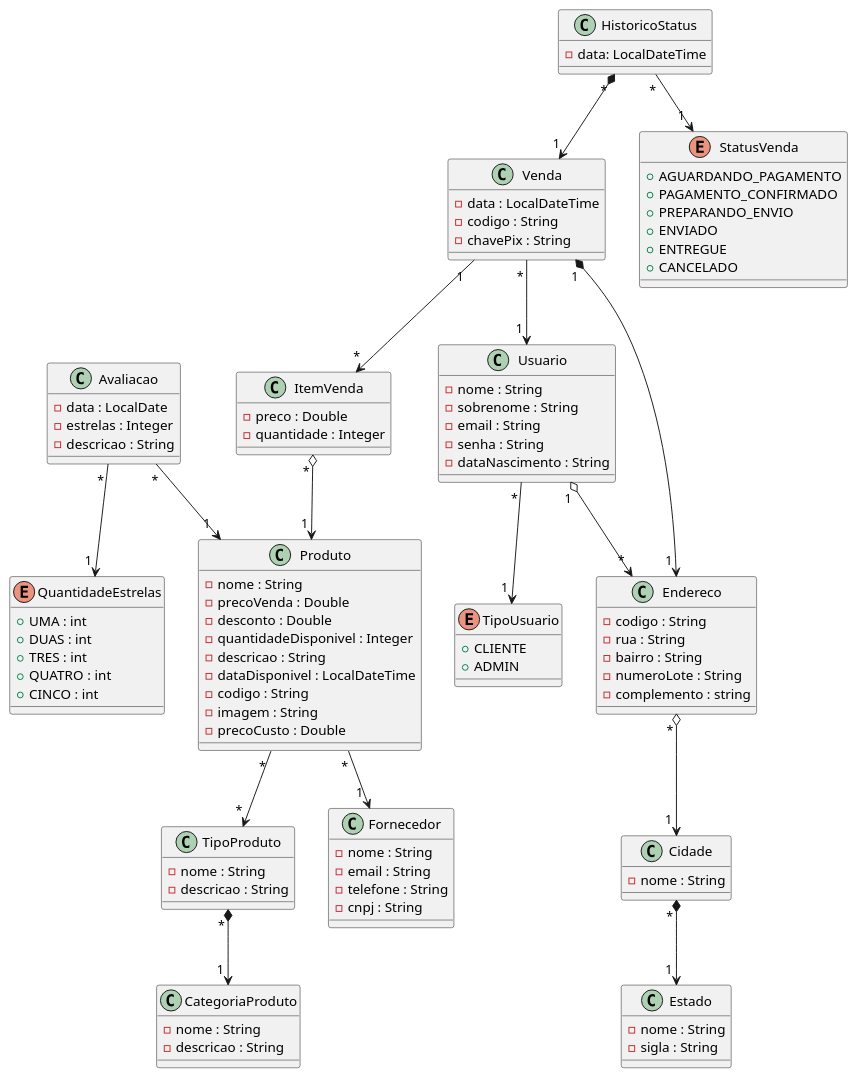
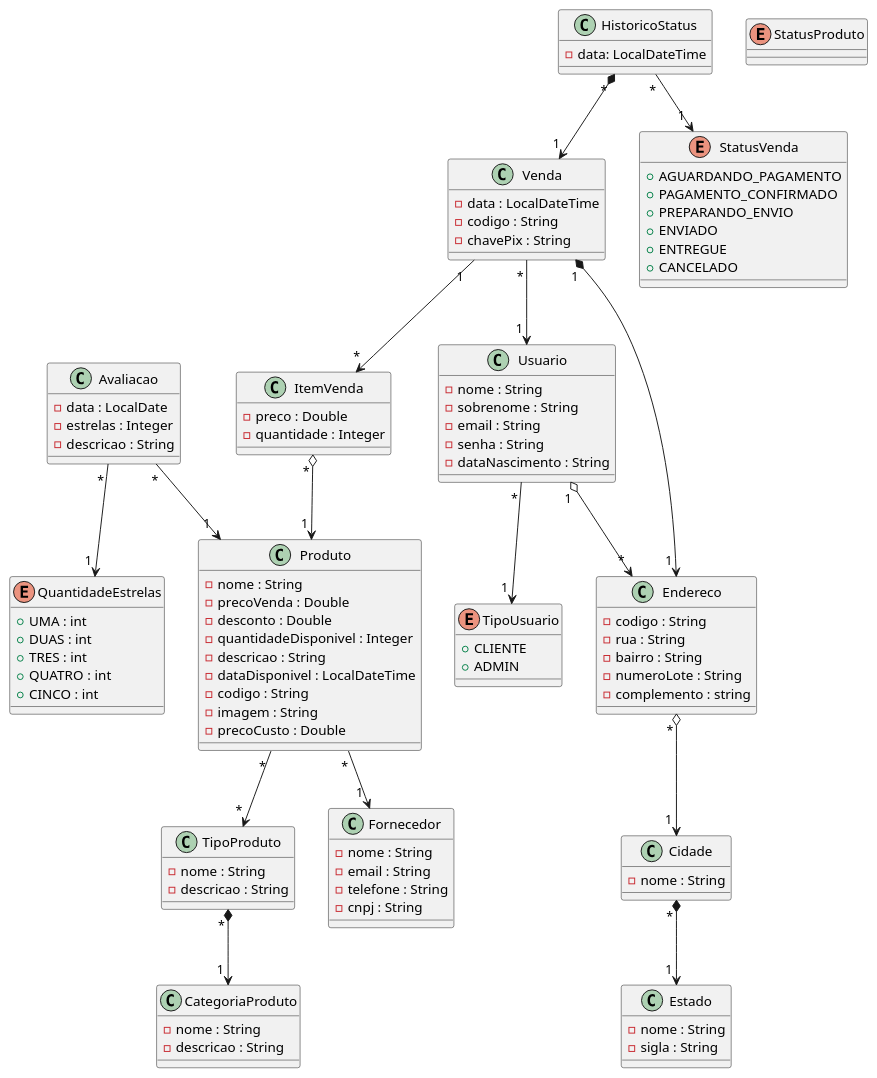
The diagram in others/plantumlnovo.plantuml (bealfredo/tp-floricultura-quarkus), drawn with PlantUML before and after one commit. The commit also changed 17 other files, not shown here.

```diff
--- a/others/plantumlnovo.plantuml
+++ b/others/plantumlnovo.plantuml
@@ -1,122 +1,126 @@
 @startuml TrabalhoTopicos
 
 class Usuario {
   - nome : String
   - sobrenome : String
   - email : String
   - senha : String
   - dataNascimento : String
 }
 
 enum TipoUsuario{
   + CLIENTE
   + ADMIN
 }
 
 class Endereco {
   - codigo : String
   - rua : String
   - bairro : String
   - numeroLote : String
   - complemento : string
 }
 
 class Estado {
   - nome : String
   - sigla : String
 }
 
 class Cidade {
   - nome : String
 }
 
 class CategoriaProduto {
   - nome : String
   - descricao : String
 }
 
 class TipoProduto {
   - nome : String
   - descricao : String
 }
 
 class Produto {
   - nome : String
   - precoVenda : Double
   - desconto : Double
   - quantidadeDisponivel : Integer
   - descricao : String
   - dataDisponivel : LocalDateTime
   - codigo : String
   - imagem : String
   - precoCusto : Double
+}
+
+enum StatusProduto {
+  
 }
 
 
 class ItemVenda {
   - preco : Double
   - quantidade : Integer
 }
 
 class Venda {
   - data : LocalDateTime
   - codigo : String
   - chavePix : String
 }
 
 class Fornecedor {
   - nome : String
   - email : String
   - telefone : String
   - cnpj : String
 
 }
 
 class HistoricoStatus {
   - data: LocalDateTime
 }
 
 enum StatusVenda {
   + AGUARDANDO_PAGAMENTO
   + PAGAMENTO_CONFIRMADO
   + PREPARANDO_ENVIO
   + ENVIADO
   + ENTREGUE
   + CANCELADO
 }
 
 class Avaliacao {
   - data : LocalDate
   - estrelas : Integer
   - descricao : String
 }
 
 enum QuantidadeEstrelas  {
   + UMA : int
   + DUAS : int
   + TRES : int
   + QUATRO : int
   + CINCO : int
 }
 
 
 Usuario " * " --> " 1 " TipoUsuario
 Usuario " 1 " o--> " * " Endereco
 Endereco " * " o--> " 1 " Cidade
 Cidade " * " *--> " 1 " Estado
 
 Venda " 1 " *--> " 1 " Endereco
 Venda " * " --> " 1 " Usuario
 Venda " 1 " --> " * " ItemVenda
 ItemVenda " * " o--> " 1 " Produto
 Produto " * " --> " 1 " Fornecedor
 HistoricoStatus " * " *--> " 1 " Venda
 HistoricoStatus " * " --> " 1 " StatusVenda
 
 Produto " * " --> " * " TipoProduto
 TipoProduto " * " *--> " 1 " CategoriaProduto
 
 Avaliacao " * " --> " 1 " QuantidadeEstrelas
 Avaliacao " * " --> " 1 " Produto
 
 @enduml
```
